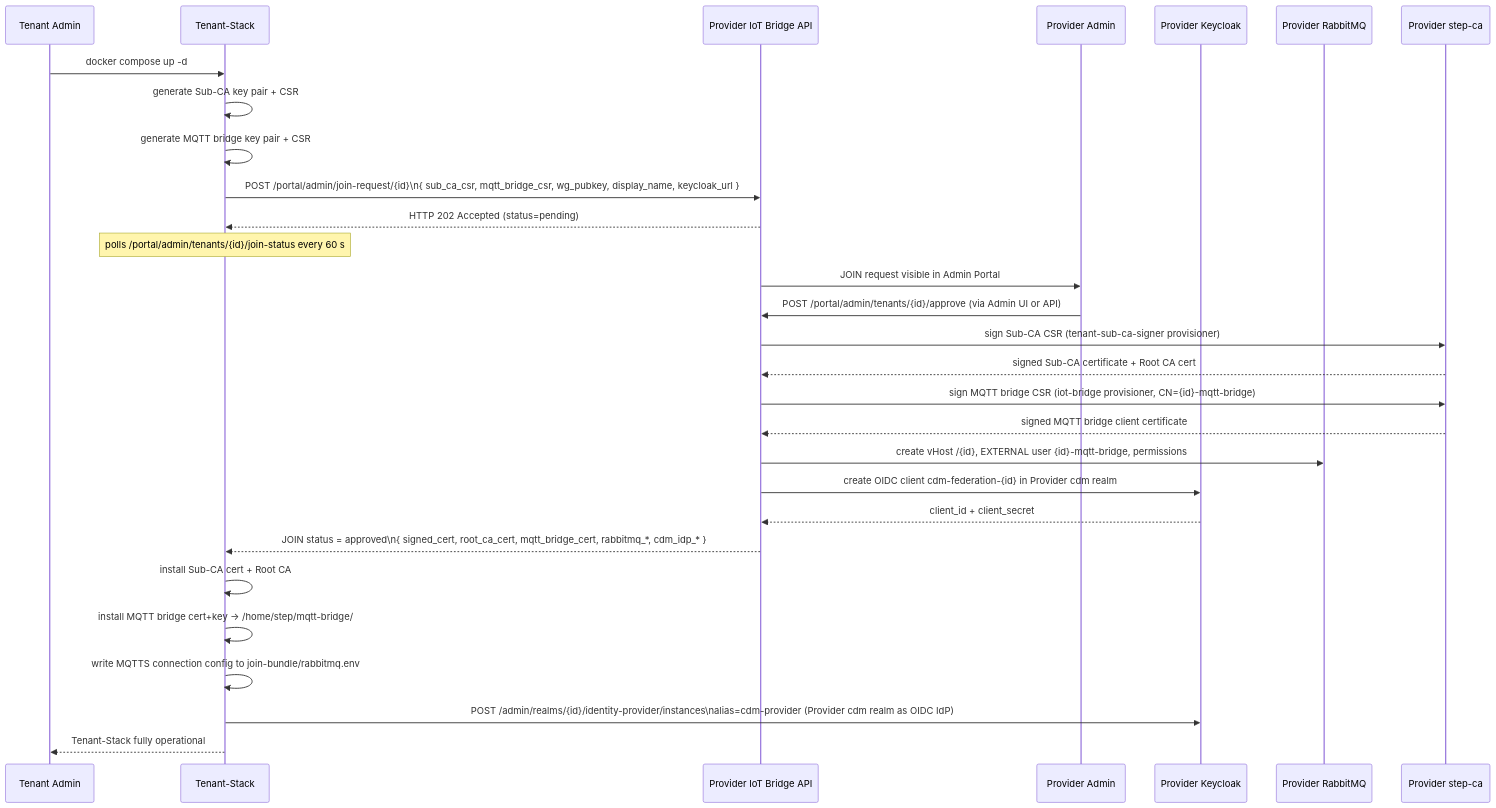
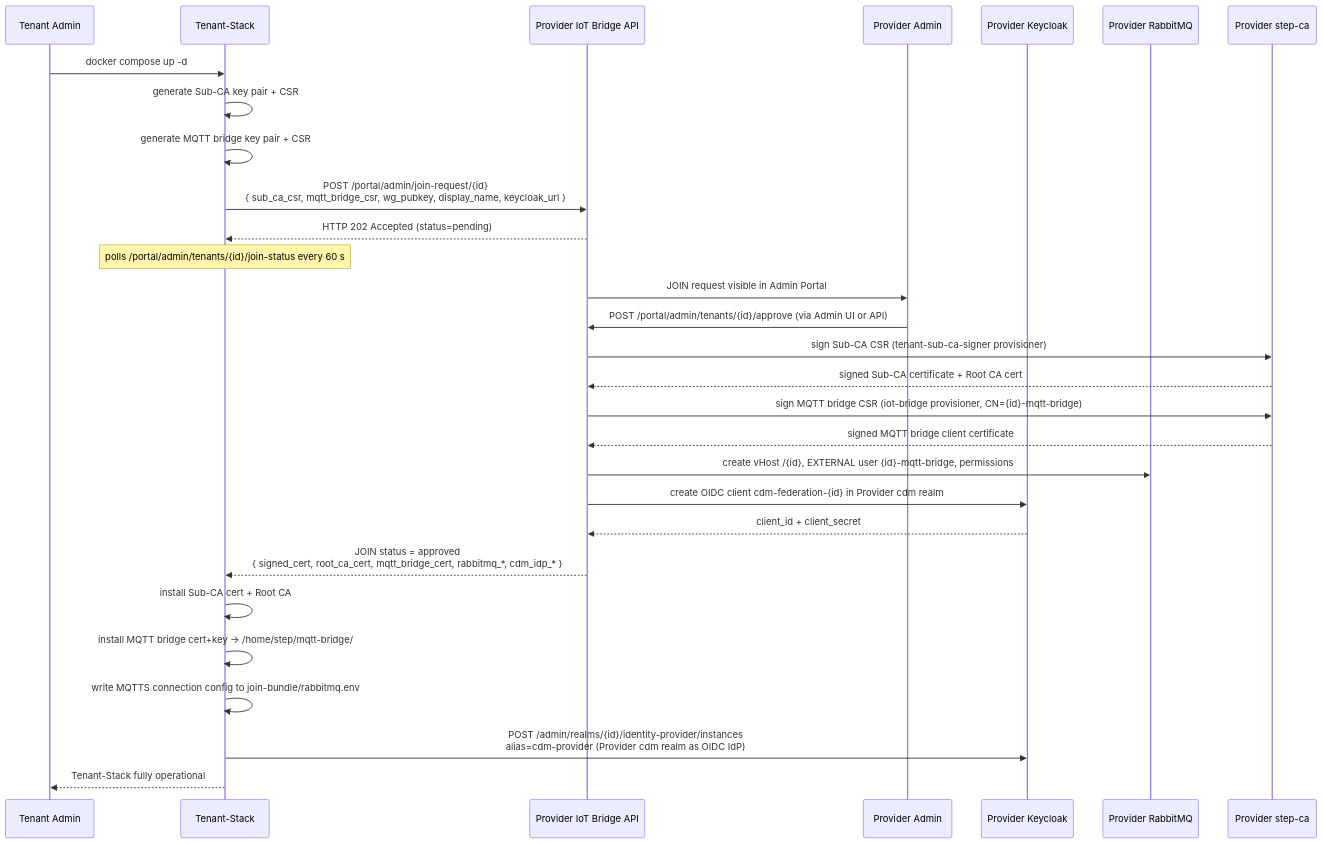
Before and after one commit to the78mole/complete-device-management: the diagram in docs/use-cases/tenant-onboarding.md, drawn with Mermaid. The commit also changed other lines of this file and 5 other files, not shown here.

Commit message:
fix: Update mermaid diagrams for better readability with HTML line breaks

````diff
--- a/docs/use-cases/tenant-onboarding.md
+++ b/docs/use-cases/tenant-onboarding.md
@@ -19,32 +19,32 @@
 ```mermaid
 sequenceDiagram
     participant TA as Tenant Admin
     participant TS as Tenant-Stack
     participant API as Provider IoT Bridge API
     participant PA as Provider Admin
     participant KC as Provider Keycloak
     participant RMQ as Provider RabbitMQ
     participant SCA as Provider step-ca
 
     TA->>TS: docker compose up -d
     TS->>TS: generate Sub-CA key pair + CSR
     TS->>TS: generate MQTT bridge key pair + CSR
-    TS->>API: POST /portal/admin/join-request/{id}\n{ sub_ca_csr, mqtt_bridge_csr, wg_pubkey, display_name, keycloak_url }
+    TS->>API: POST /portal/admin/join-request/{id}<br>{ sub_ca_csr, mqtt_bridge_csr, wg_pubkey, display_name, keycloak_url }
     API-->>TS: HTTP 202 Accepted (status=pending)
     note over TS: polls /portal/admin/tenants/{id}/join-status every 60 s
     API->>PA: JOIN request visible in Admin Portal
     PA->>API: POST /portal/admin/tenants/{id}/approve (via Admin UI or API)
     API->>SCA: sign Sub-CA CSR (tenant-sub-ca-signer provisioner)
     SCA-->>API: signed Sub-CA certificate + Root CA cert
     API->>SCA: sign MQTT bridge CSR (iot-bridge provisioner, CN={id}-mqtt-bridge)
     SCA-->>API: signed MQTT bridge client certificate
     API->>RMQ: create vHost /{id}, EXTERNAL user {id}-mqtt-bridge, permissions
     API->>KC: create OIDC client cdm-federation-{id} in Provider cdm realm
     KC-->>API: client_id + client_secret
-    API-->>TS: JOIN status = approved\n{ signed_cert, root_ca_cert, mqtt_bridge_cert, rabbitmq_*, cdm_idp_* }
+    API-->>TS: JOIN status = approved<br>{ signed_cert, root_ca_cert, mqtt_bridge_cert, rabbitmq_*, cdm_idp_* }
     TS->>TS: install Sub-CA cert + Root CA
     TS->>TS: install MQTT bridge cert+key → /home/step/mqtt-bridge/
     TS->>TS: write MQTTS connection config to join-bundle/rabbitmq.env
-    TS->>KC: POST /admin/realms/{id}/identity-provider/instances\nalias=cdm-provider (Provider cdm realm as OIDC IdP)
+    TS->>KC: POST /admin/realms/{id}/identity-provider/instances<br>alias=cdm-provider (Provider cdm realm as OIDC IdP)
     TS-->>TA: Tenant-Stack fully operational
 ```
````
